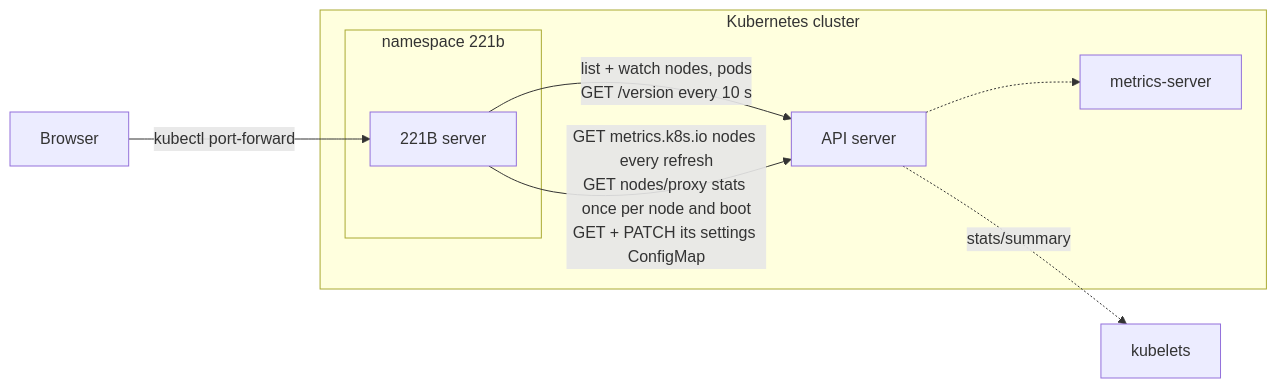
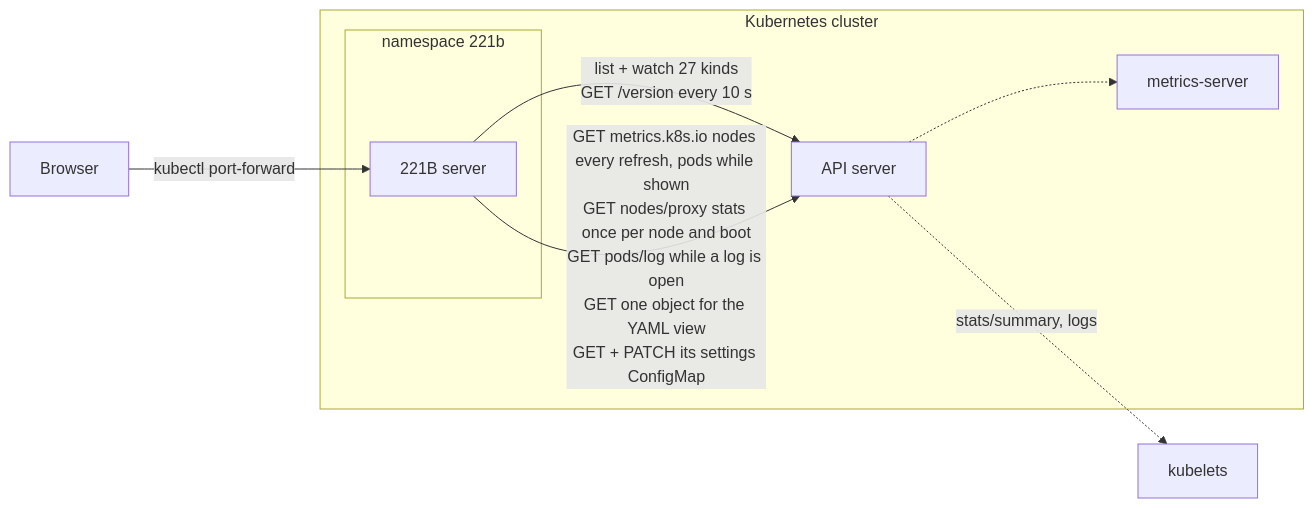
Before and after one commit to ucesys/221b: the first of 2 diagrams in docs/architecture.md, drawn with Mermaid. The commit also changed other lines of this file and 115 other files, not shown here.

````diff
--- a/docs/architecture.md
+++ b/docs/architecture.md
@@ -11,15 +11,15 @@
 ```mermaid
 flowchart LR
   subgraph cluster[Kubernetes cluster]
     api[API server]
     ms[metrics-server]
     subgraph ns[namespace 221b]
       srv[221B server]
     end
   end
   browser[Browser] -- "kubectl port-forward" --> srv
-  srv -- "list + watch nodes, pods\nGET /version every 10 s" --> api
-  srv -- "GET metrics.k8s.io nodes every refresh\nGET nodes/proxy stats once per node and boot\nGET + PATCH its settings ConfigMap" --> api
+  srv -- "list + watch 27 kinds\nGET /version every 10 s" --> api
+  srv -- "GET metrics.k8s.io nodes every refresh, pods while shown\nGET nodes/proxy stats once per node and boot\nGET pods/log while a log is open\nGET one object for the YAML view\nGET + PATCH its settings ConfigMap" --> api
   api -.-> ms
-  api -. "stats/summary" .-> kubelets[kubelets]
+  api -. "stats/summary, logs" .-> kubelets[kubelets]
 ```
````
